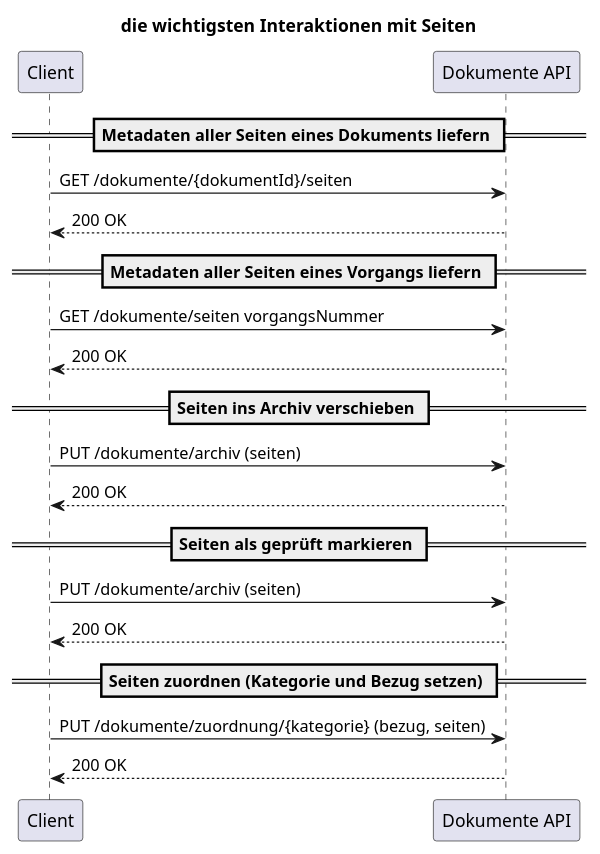
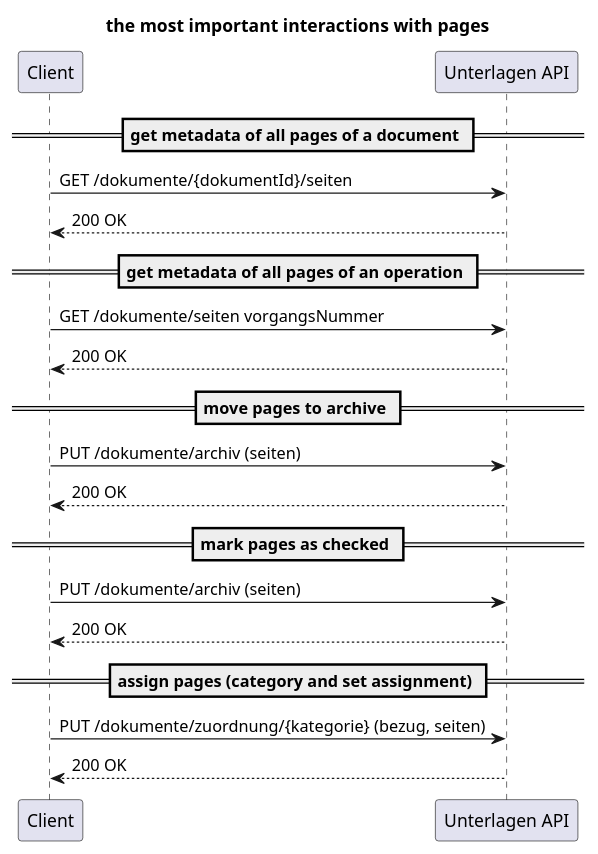
Before and after one commit to europace/unterlagen-api: the diagram in docs/Seite.puml, drawn with PlantUML. The commit also changed 5 other files, not shown here.

```diff
--- a/docs/Seite.puml
+++ b/docs/Seite.puml
@@ -1,28 +1,28 @@
 @startuml
-title die wichtigsten Interaktionen mit Seiten
+title the most important interactions with pages
 
 participant Client as c
-participant "Dokumente API" as api
+participant "Unterlagen API" as api
 
-== Metadaten aller Seiten eines Dokuments liefern ==
+== get metadata of all pages of a document ==
 c -> api: GET /dokumente/{dokumentId}/seiten
 api --> c: 200 OK
 
-== Metadaten aller Seiten eines Vorgangs liefern ==
+== get metadata of all pages of an operation ==
 c -> api: GET /dokumente/seiten vorgangsNummer
 api --> c: 200 OK
 
-== Seiten ins Archiv verschieben ==
+== move pages to archive ==
 c -> api: PUT /dokumente/archiv (seiten)
 api --> c: 200 OK
 
-== Seiten als geprüft markieren ==
+== mark pages as checked ==
 c -> api: PUT /dokumente/archiv (seiten)
 api --> c: 200 OK
 
-== Seiten zuordnen (Kategorie und Bezug setzen) ==
+== assign pages (category and set assignment) ==
 c -> api: PUT /dokumente/zuordnung/{kategorie} (bezug, seiten)
 api --> c: 200 OK
 
 
 @enduml
```
